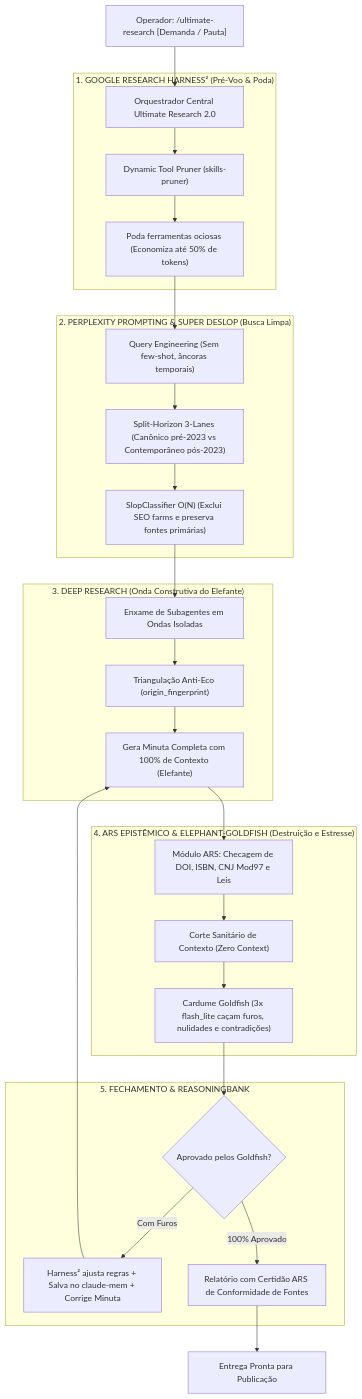
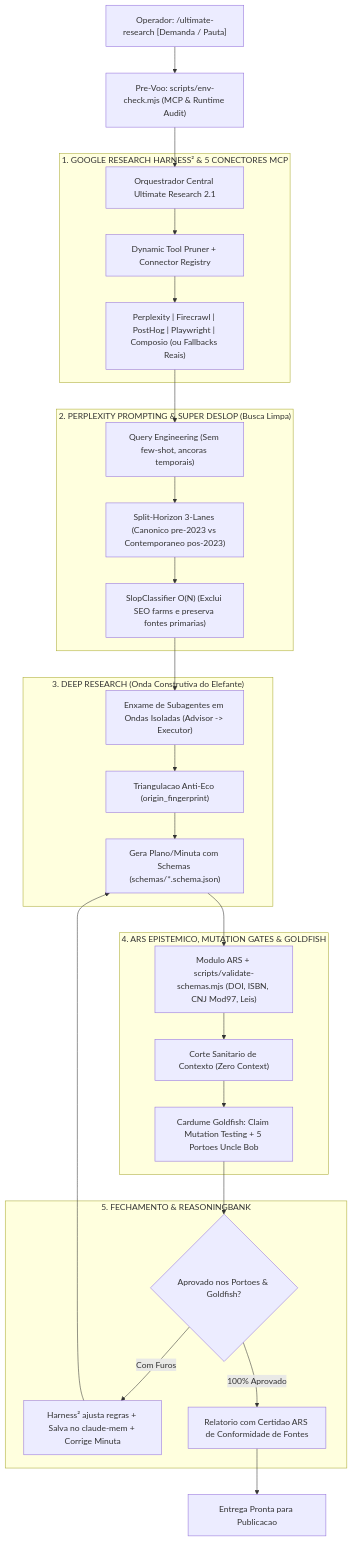
One commit to santanaluiz181-cell/ultimate-research changed the diagram in README.md. Above: the diagram before and after it, drawn with Mermaid. The commit also changed other lines of this file and 5 other files, not shown here.

````diff
--- a/README.md
+++ b/README.md
@@ -21,36 +21,37 @@
 ```mermaid
 flowchart TD
-    User["Operador: /ultimate-research [Demanda / Pauta]"] --> Dispatcher["Orquestrador Central Ultimate Research 2.0"]
+    User["Operador: /ultimate-research [Demanda / Pauta]"] --> EnvCheck["Pre-Voo: scripts/env-check.mjs (MCP & Runtime Audit)"]
+    EnvCheck --> Dispatcher["Orquestrador Central Ultimate Research 2.1"]
 
-    subgraph CAMADA_1["1. GOOGLE RESEARCH HARNESS² (Pré-Voo & Poda)"]
-        Dispatcher --> Pruning["Dynamic Tool Pruner (skills-pruner)"]
-        Pruning --> ActiveTools["Poda ferramentas ociosas (Economiza até 50% de tokens)"]
+    subgraph CAMADA_1["1. GOOGLE RESEARCH HARNESS² & 5 CONECTORES MCP"]
+        Dispatcher --> Pruning["Dynamic Tool Pruner + Connector Registry"]
+        Pruning --> ActiveTools["Perplexity | Firecrawl | PostHog | Playwright | Composio (ou Fallbacks Reais)"]
     end
 
     subgraph CAMADA_2["2. PERPLEXITY PROMPTING & SUPER DESLOP (Busca Limpa)"]
-        ActiveTools --> Dorking["Query Engineering (Sem few-shot, âncoras temporais)"]
-        Dorking --> Split["Split-Horizon 3-Lanes (Canônico pré-2023 vs Contemporâneo pós-2023)"]
-        Split --> SlopFilter["SlopClassifier O(N) (Exclui SEO farms e preserva fontes primárias)"]
+        ActiveTools --> Dorking["Query Engineering (Sem few-shot, ancoras temporais)"]
+        Dorking --> Split["Split-Horizon 3-Lanes (Canonico pre-2023 vs Contemporaneo pos-2023)"]
+        Split --> SlopFilter["SlopClassifier O(N) (Exclui SEO farms e preserva fontes primarias)"]
     end
 
     subgraph CAMADA_3["3. DEEP RESEARCH (Onda Construtiva do Elefante)"]
-        SlopFilter --> Subagents["Enxame de Subagentes em Ondas Isoladas"]
-        Subagents --> Triangulation["Triangulação Anti-Eco (origin_fingerprint)"]
-        Triangulation --> ElephantDraft["Gera Minuta Completa com 100% de Contexto (Elefante)"]
+        SlopFilter --> Subagents["Enxame de Subagentes em Ondas Isoladas (Advisor -> Executor)"]
+        Subagents --> Triangulation["Triangulacao Anti-Eco (origin_fingerprint)"]
+        Triangulation --> ElephantDraft["Gera Plano/Minuta com Schemas (schemas/*.schema.json)"]
     end
 
-    subgraph CAMADA_4["4. ARS EPISTÊMICO & ELEPHANT-GOLDFISH (Destruição e Estresse)"]
-        ElephantDraft --> ARS["Módulo ARS: Checagem de DOI, ISBN, CNJ Mod97 e Leis"]
-        ARS --> PurgeContext["Corte Sanitário de Contexto (Zero Context)"]
-        PurgeContext --> Goldfish["Cardume Goldfish (3x flash_lite caçam furos, nulidades e contradições)"]
+    subgraph CAMADA_4["4. ARS EPISTEMICO, MUTATION GATES & GOLDFISH"]
+        ElephantDraft --> ARS["Modulo ARS + scripts/validate-schemas.mjs (DOI, ISBN, CNJ Mod97, Leis)"]
+        ARS --> PurgeContext["Corte Sanitario de Contexto (Zero Context)"]
+        PurgeContext --> Goldfish["Cardume Goldfish: Claim Mutation Testing + 5 Portoes Uncle Bob"]
     end
 
     subgraph CAMADA_5["5. FECHAMENTO & REASONINGBANK"]
-        Goldfish --> Convergence{"Aprovado pelos Goldfish?"}
+        Goldfish --> Convergence{"Aprovado nos Portoes & Goldfish?"}
         Convergence -- "Com Furos" --> ReOptimize["Harness² ajusta regras + Salva no claude-mem + Corrige Minuta"]
         ReOptimize --> ElephantDraft
-        Convergence -- "100% Aprovado" --> FinalReport["Relatório com Certidão ARS de Conformidade de Fontes"]
+        Convergence -- "100% Aprovado" --> FinalReport["Relatorio com Certidao ARS de Conformidade de Fontes"]
     end
 
-    FinalReport --> Done["Entrega Pronta para Publicação"]
+    FinalReport --> Done["Entrega Pronta para Publicacao"]
 ```
````
